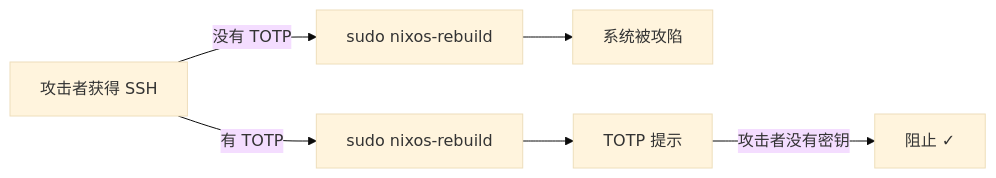
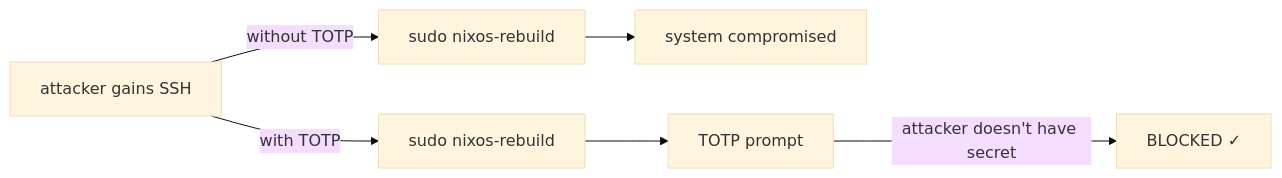
Before and after one commit to stars-labs/self-healing-nixos-infra: the first of 2 diagrams in i18n/zh/docusaurus-plugin-content-docs/current/06-totp-sudo-protection.md, drawn with Mermaid (base theme). The commit also changed other lines of this file and 15 other files, not shown here.

First line of the commit message:
Fix Mermaid parse errors in Chinese docs

````diff
--- a/i18n/zh/docusaurus-plugin-content-docs/current/06-totp-sudo-protection.md
+++ b/i18n/zh/docusaurus-plugin-content-docs/current/06-totp-sudo-protection.md
@@ -12,5 +12,5 @@
 ```mermaid
 flowchart LR
-    A[攻击者获得 SSH] -->|没有 TOTP| B[sudo nixos-rebuild] --> C[系统被攻陷]
-    A -->|有 TOTP| D[sudo nixos-rebuild] --> E[TOTP 提示] -->|攻击者没有密钥| F[阻止 ✓]
+    A[attacker gains SSH] -->|without TOTP| B[sudo nixos-rebuild] --> C[system compromised]
+    A -->|with TOTP| D[sudo nixos-rebuild] --> E[TOTP prompt] -->|attacker doesn't have secret| F[BLOCKED ✓]
 ```
````
